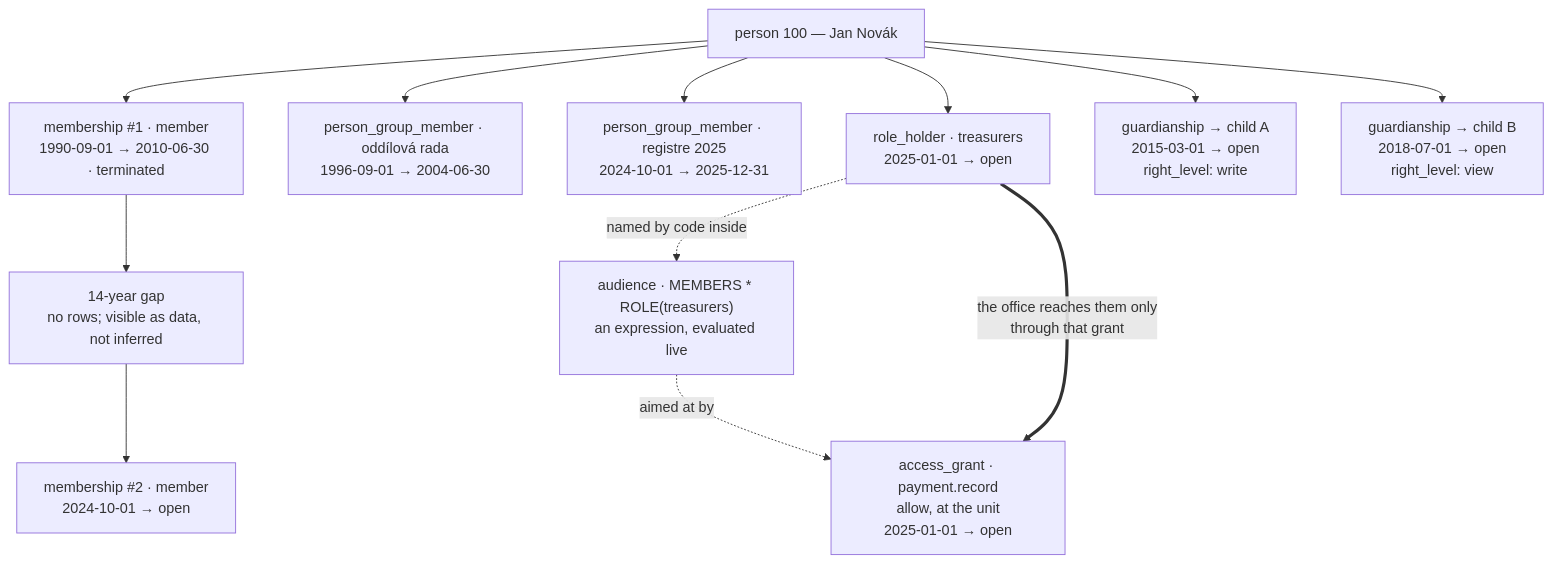
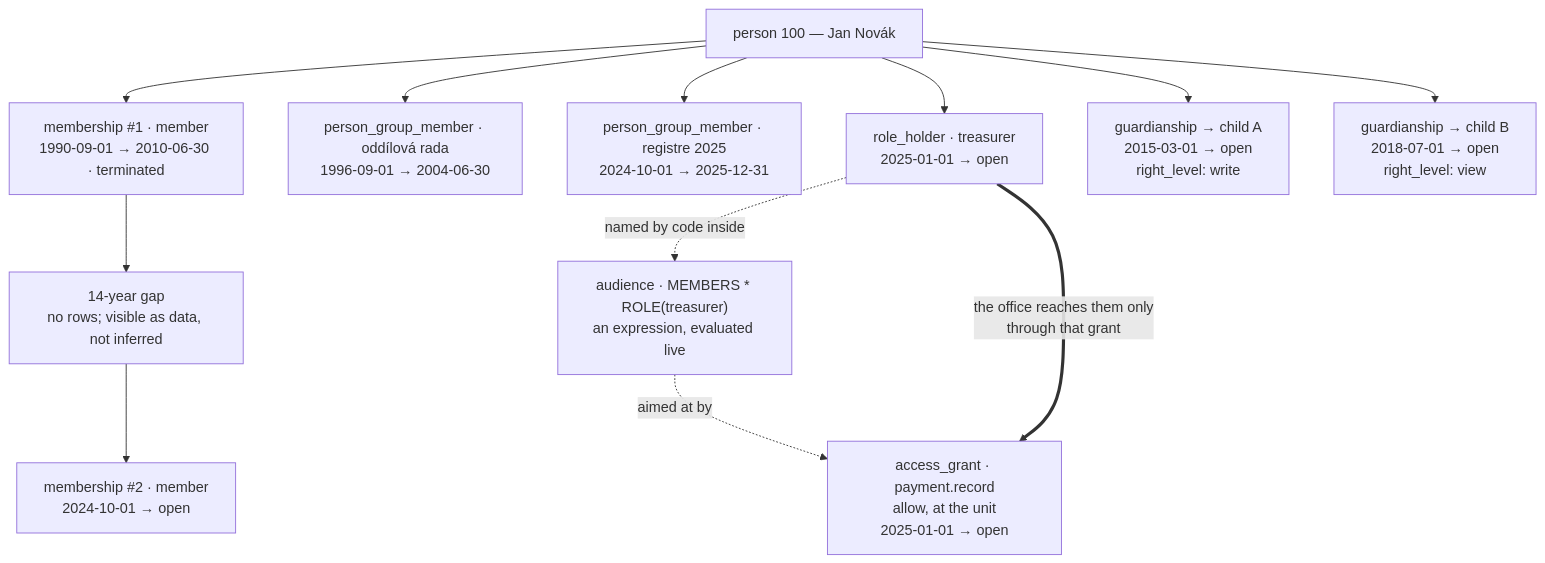
Before and after one commit to azduha/taborak-specification: the diagram in docs/appendix/erd-b-inventory.md, drawn with Mermaid. The commit also changed other lines of this file and 36 other files, not shown here.

````diff
--- a/docs/appendix/erd-b-inventory.md
+++ b/docs/appendix/erd-b-inventory.md
@@ -13,24 +13,24 @@
 ```mermaid
 flowchart TB
     P["person 100 — Jan Novák"]
     M1["membership #1 · member<br/>1990-09-01 → 2010-06-30 · terminated"]
     GAP["14-year gap<br/>no rows; visible as data, not inferred"]
     M2["membership #2 · member<br/>2024-10-01 → open"]
     G1["person_group_member · oddílová rada<br/>1996-09-01 → 2004-06-30"]
     G2["person_group_member · registre 2025<br/>2024-10-01 → 2025-12-31"]
-    RH["role_holder · treasurers<br/>2025-01-01 → open"]
-    AU["audience · MEMBERS * ROLE(treasurers)<br/>an expression, evaluated live"]
+    RH["role_holder · treasurer<br/>2025-01-01 → open"]
+    AU["audience · MEMBERS * ROLE(treasurer)<br/>an expression, evaluated live"]
     AG["access_grant · payment.record<br/>allow, at the unit<br/>2025-01-01 → open"]
     GA["guardianship → child A<br/>2015-03-01 → open<br/>right_level: write"]
     GB["guardianship → child B<br/>2018-07-01 → open<br/>right_level: view"]
     P --> M1
     M1 --> GAP --> M2
     P --> G1
     P --> G2
     P --> RH
     P --> GA
     P --> GB
     RH -.->|"named by code inside"| AU
     AU -.->|"aimed at by"| AG
     RH ==>|"the office reaches them only<br/>through that grant"| AG
 ```
````
